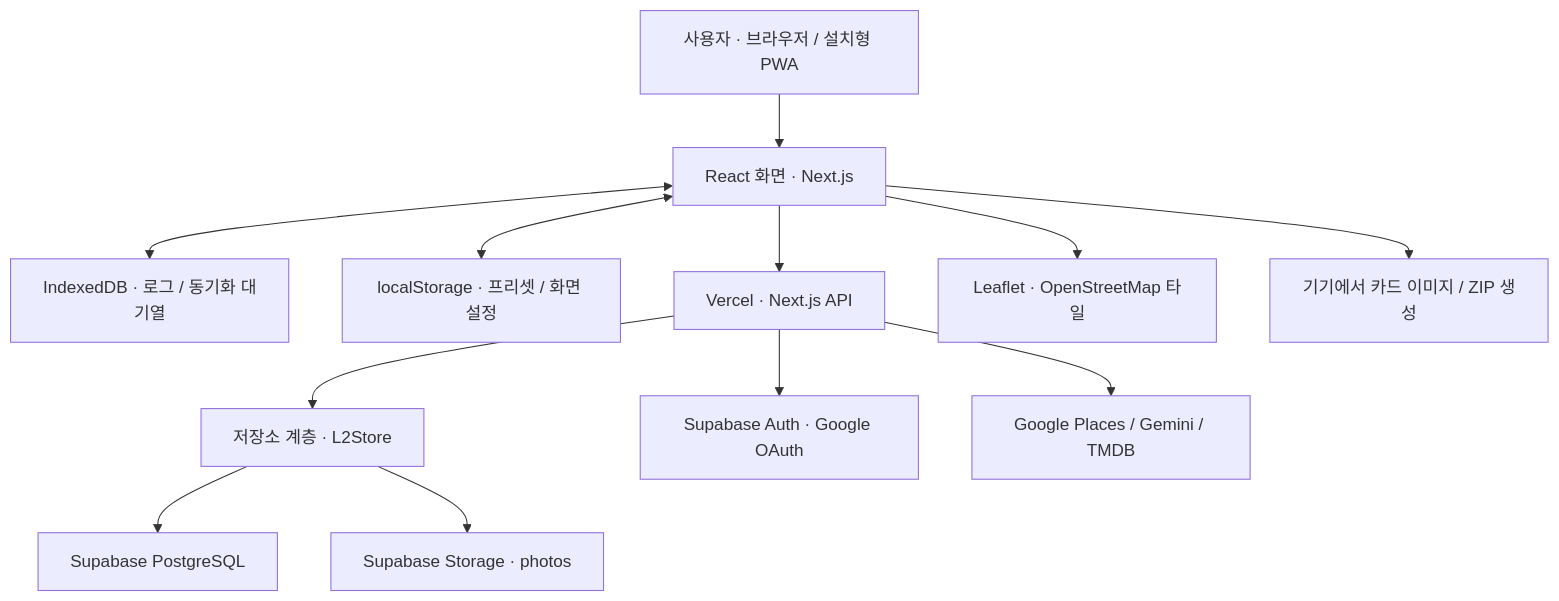
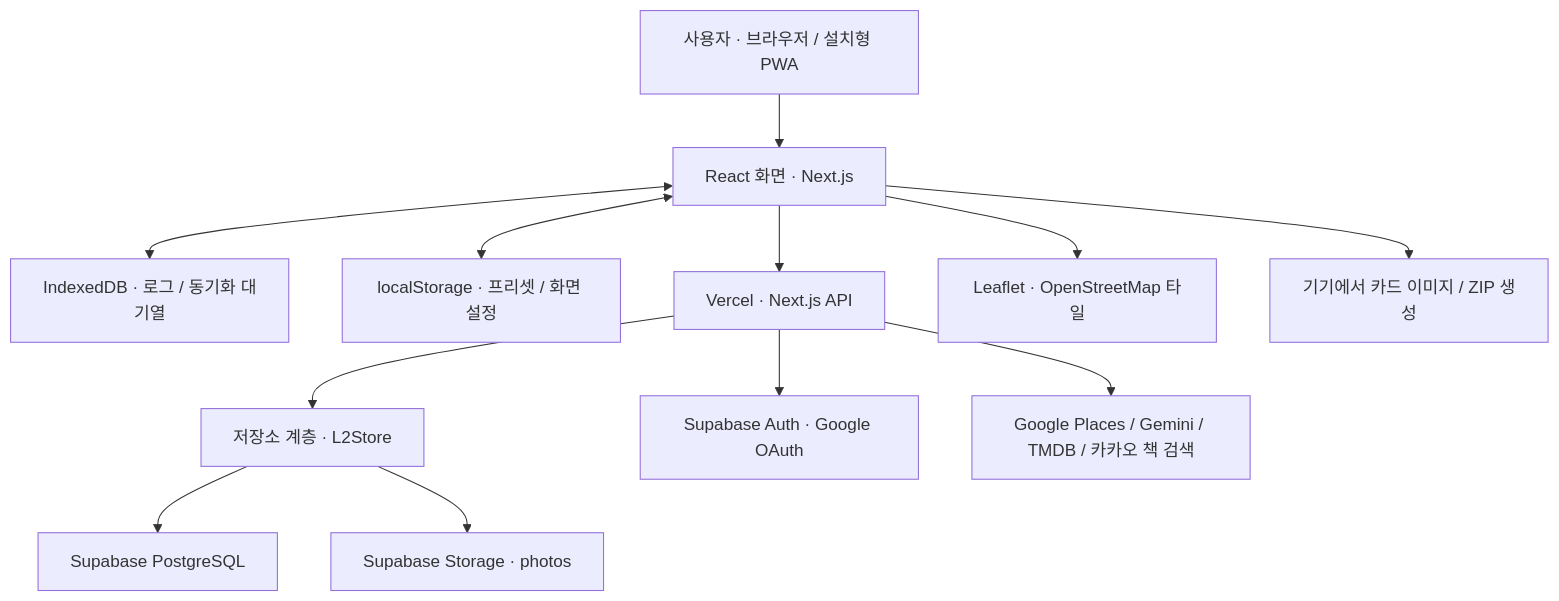
One commit to ddingha829/ProjectL3 changed the first of 2 diagrams in ARCHITECTURE_SUMMARY.md. Above: the diagram before and after it, drawn with Mermaid. The commit also changed other lines of this file and 50 other files, not shown here.

````diff
--- a/ARCHITECTURE_SUMMARY.md
+++ b/ARCHITECTURE_SUMMARY.md
@@ -9,14 +9,14 @@
 ```mermaid
 flowchart TD
   UI["사용자 · 브라우저 / 설치형 PWA"] --> APP["React 화면 · Next.js"]
   APP <--> LOCAL["IndexedDB · 로그 / 동기화 대기열"]
   APP <--> PREFS["localStorage · 프리셋 / 화면 설정"]
   APP --> API["Vercel · Next.js API"]
   API --> STORE["저장소 계층 · L2Store"]
   STORE --> DB["Supabase PostgreSQL"]
   STORE --> PHOTOS["Supabase Storage · photos"]
   API --> AUTH["Supabase Auth · Google OAuth"]
-  API --> EXT["Google Places / Gemini / TMDB"]
+  API --> EXT["Google Places / Gemini / TMDB / 카카오 책 검색"]
   APP --> MAP["Leaflet · OpenStreetMap 타일"]
   APP --> EXPORT["기기에서 카드 이미지 / ZIP 생성"]
 ```
````
